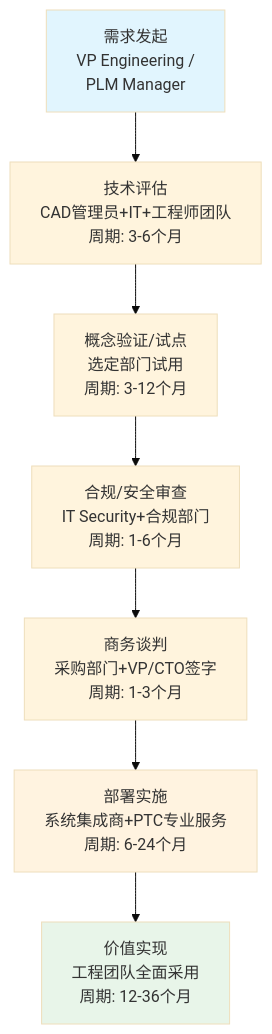
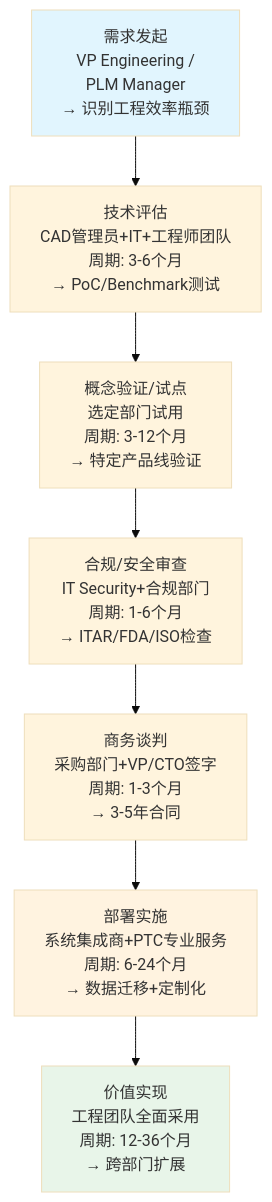
One commit to miltonnewyork25-afk/investment-master changed the first of 5 diagrams in reports/PTC/staging/phase1_part1.md. Above: the diagram before and after it, drawn with Mermaid (base theme). The commit also changed other lines of this file and 2 other files, not shown here.

````diff
--- a/reports/PTC/staging/phase1_part1.md
+++ b/reports/PTC/staging/phase1_part1.md
@@ -39,13 +45,13 @@
 ```mermaid
 graph TB
-    A["需求发起<br>VP Engineering /<br>PLM Manager"] --> B["技术评估<br>CAD管理员+IT+工程师团队<br>周期: 3-6个月"]
-    B --> C["概念验证/试点<br>选定部门试用<br>周期: 3-12个月"]
-    C --> D["合规/安全审查<br>IT Security+合规部门<br>周期: 1-6个月"]
-    D --> E["商务谈判<br>采购部门+VP/CTO签字<br>周期: 1-3个月"]
-    E --> F["部署实施<br>系统集成商+PTC专业服务<br>周期: 6-24个月"]
-    F --> G["价值实现<br>工程团队全面采用<br>周期: 12-36个月"]
+    A["需求发起<br>VP Engineering /<br>PLM Manager<br>→ 识别工程效率瓶颈"] --> B["技术评估<br>CAD管理员+IT+工程师团队<br>周期: 3-6个月<br>→ PoC/Benchmark测试"]
+    B --> C["概念验证/试点<br>选定部门试用<br>周期: 3-12个月<br>→ 特定产品线验证"]
+    C --> D["合规/安全审查<br>IT Security+合规部门<br>周期: 1-6个月<br>→ ITAR/FDA/ISO检查"]
+    D --> E["商务谈判<br>采购部门+VP/CTO签字<br>周期: 1-3个月<br>→ 3-5年合同"]
+    E --> F["部署实施<br>系统集成商+PTC专业服务<br>周期: 6-24个月<br>→ 数据迁移+定制化"]
+    F --> G["价值实现<br>工程团队全面采用<br>周期: 12-36个月<br>→ 跨部门扩展"]
 
     style A fill:#e1f5fe
     style F fill:#fff3e0
     style G fill:#e8f5e9
 ```
````
